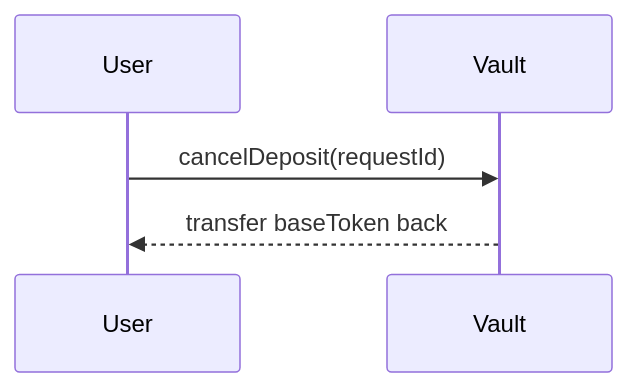
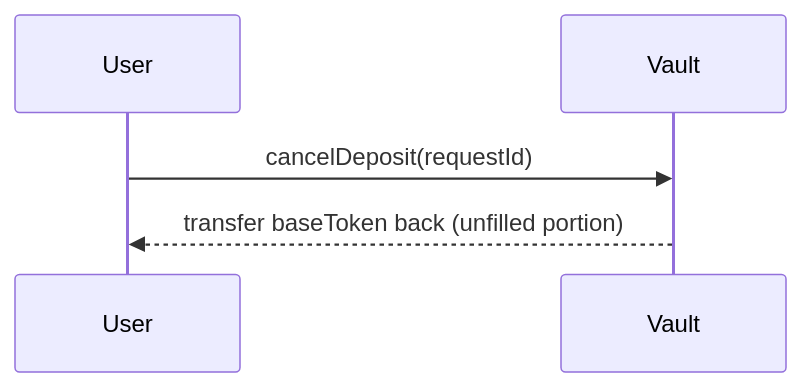
The sixth of 8 diagrams in docs/architecture/token-flows.md (evgenynacu/leverage-vaults), drawn with Mermaid before and after one commit. The commit also changed other lines of this file and 25 other files, not shown here.

````diff
--- a/docs/architecture/token-flows.md
+++ b/docs/architecture/token-flows.md
@@ -118,5 +120,5 @@
 ```mermaid
 sequenceDiagram
     User->>Vault: cancelDeposit(requestId)
-    Vault-->>User: transfer baseToken back
+    Vault-->>User: transfer baseToken back (unfilled portion)
 ```
````
